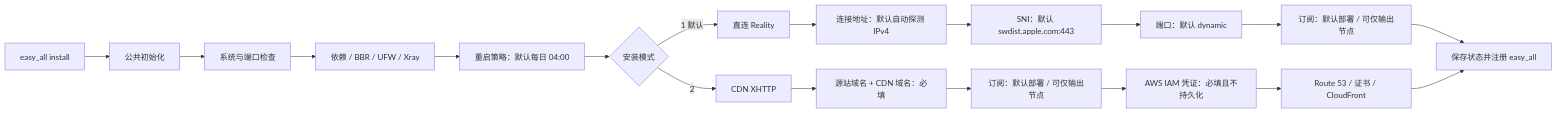
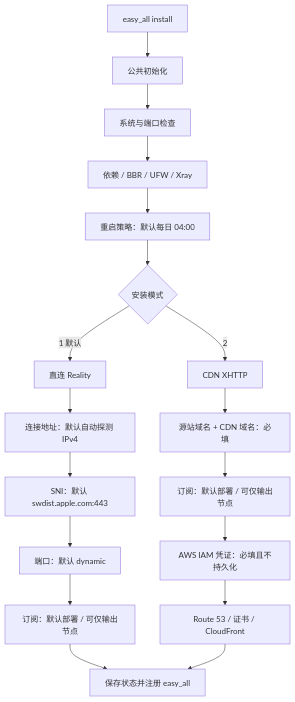
One commit to v2yiz/easy_all changed the diagram in README.md. Above: the diagram before and after it, drawn with Mermaid.

Commit message:
优化脑图

````diff
--- a/README.md
+++ b/README.md
@@ -51,22 +51,22 @@
 ```mermaid
-flowchart LR
+flowchart TD
     A[easy_all install] --> B[公共初始化]
     B --> B1[系统与端口检查]
     B1 --> B2[依赖 / BBR / UFW / Xray]
     B2 --> B3[重启策略：默认每日 04:00]
     B3 --> C{安装模式}
 
     C -->|1 默认| R[直连 Reality]
     R --> R1[连接地址：默认自动探测 IPv4]
     R1 --> R2[SNI：默认 swdist.apple.com:443]
     R2 --> R3[端口：默认 dynamic]
     R3 --> R4[订阅：默认部署 / 可仅输出节点]
     R4 --> Z[保存状态并注册 easy_all]
 
     C -->|2| X[CDN XHTTP]
     X --> X1[源站域名 + CDN 域名：必填]
     X1 --> X2[订阅：默认部署 / 可仅输出节点]
     X2 --> X3[AWS IAM 凭证：必填且不持久化]
     X3 --> X4[Route 53 / 证书 / CloudFront]
     X4 --> Z
 ```
````
